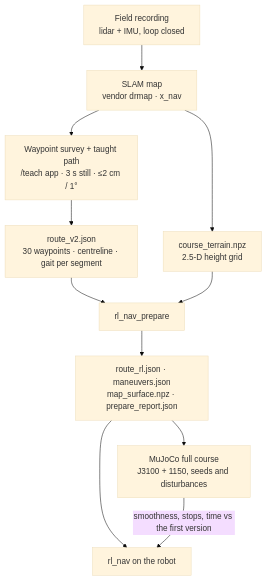
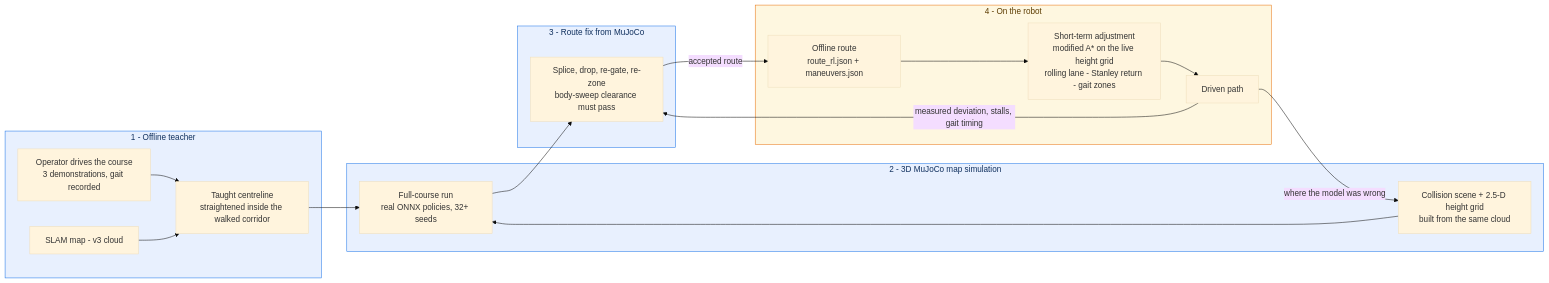
One commit to bowenwan6/goai26-s10-racing changed the third of 9 diagrams in README.md. Above: the diagram before and after it, drawn with Mermaid (base theme). The commit also changed other lines of this file and 4 other files, not shown here.

````diff
--- a/README.md
+++ b/README.md
@@ -204,13 +219,36 @@
 ```mermaid
-flowchart TD
-  REC["Field recording<br/>lidar + IMU, loop closed"] --> MAP["SLAM map<br/>vendor drmap · x_nav"]
-  MAP --> SURVEY["Waypoint survey + taught path<br/>/teach app · 3 s still · ≤2 cm / 1°"]
-  MAP --> TERR["course_terrain.npz<br/>2.5-D height grid"]
-  SURVEY --> ROUTE["route_v2.json<br/>30 waypoints · centreline · gait per segment"]
-  ROUTE --> PREP["rl_nav_prepare"]
-  TERR --> PREP
-  PREP --> ART["route_rl.json · maneuvers.json<br/>map_surface.npz · prepare_report.json"]
-  ART --> SIM["MuJoCo full course<br/>J3100 + 1150, seeds and disturbances"]
-  ART --> BOT["rl_nav on the robot"]
-  SIM -- "smoothness, stops, time vs the first version" --> BOT
+flowchart LR
+  subgraph OFFLINE["1 - Offline teacher"]
+    DEMO["Operator drives the course<br/>3 demonstrations, gait recorded"]
+    MAP["SLAM map - v3 cloud"]
+    DEMO --> LINE["Taught centreline<br/>straightened inside the walked corridor"]
+    MAP --> LINE
+  end
+
+  subgraph MUJOCO["2 - 3D MuJoCo map simulation"]
+    SCENE["Collision scene + 2.5-D height grid<br/>built from the same cloud"]
+    RUN["Full-course run<br/>real ONNX policies, 32+ seeds"]
+    SCENE --> RUN
+  end
+
+  subgraph FIX["3 - Route fix from MuJoCo"]
+    EDIT["Splice, drop, re-gate, re-zone<br/>body-sweep clearance must pass"]
+  end
+
+  subgraph FIELD["4 - On the robot"]
+    OFF["Offline route<br/>route_rl.json + maneuvers.json"]
+    SHORT["Short-term adjustment<br/>modified A* on the live height grid<br/>rolling lane - Stanley return - gait zones"]
+    OFF --> SHORT --> DRIVE["Driven path"]
+  end
+
+  LINE --> RUN
+  RUN --> EDIT
+  EDIT -- "accepted route" --> OFF
+  DRIVE -- "measured deviation, stalls, gait timing" --> EDIT
+  DRIVE -- "where the model was wrong" --> SCENE
+
+  classDef s fill:#e8f0fe,stroke:#1a73e8,color:#10305e
+  classDef f fill:#fef7e0,stroke:#e8710a,color:#5c3c00
+  class OFFLINE,MUJOCO,FIX s
+  class FIELD f
 ```
````
